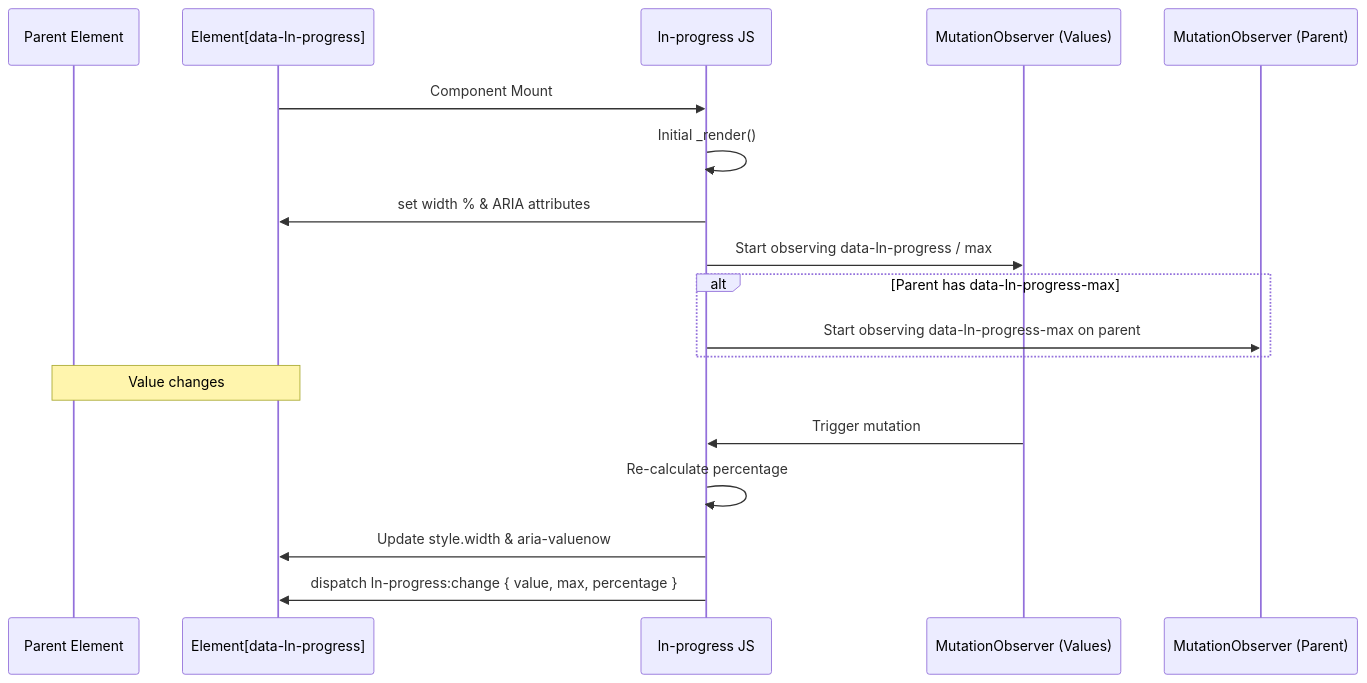
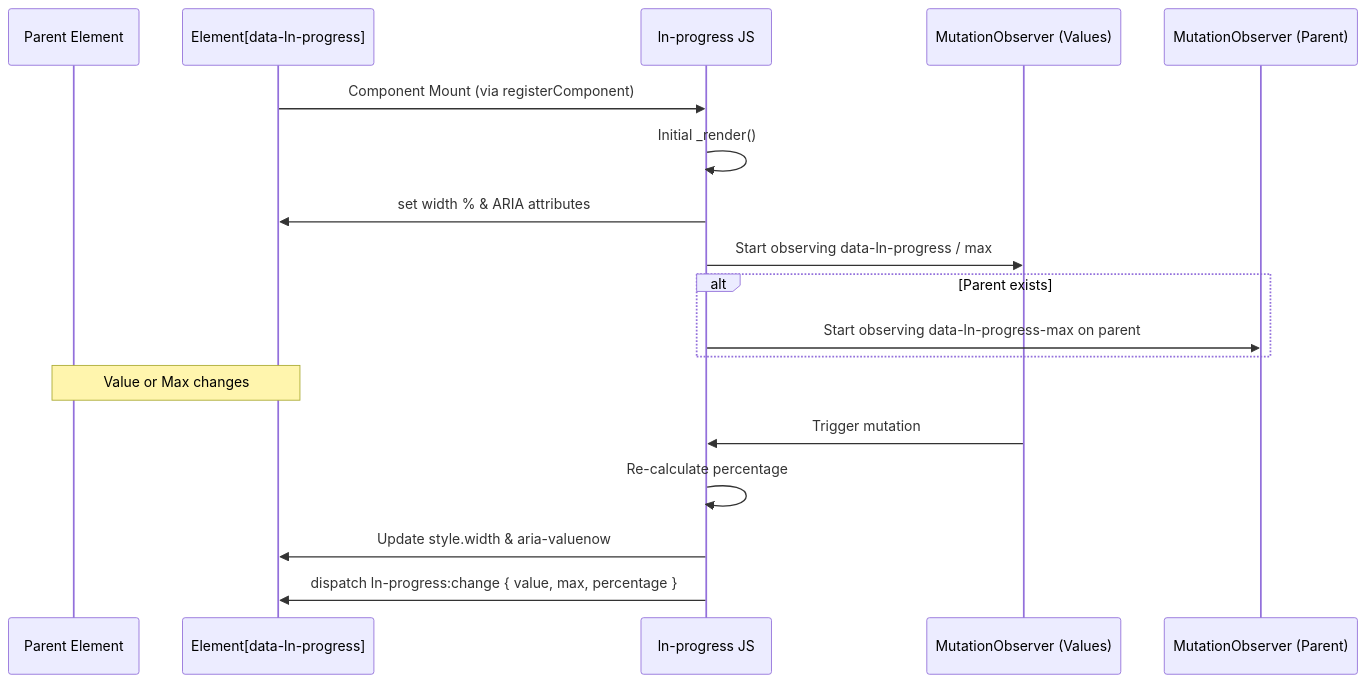
Before and after one commit to livenetworks/ln-ashlar: the diagram in architecture_docs_draft/components/ln-progress.md, drawn with Mermaid. The commit also changed other lines of this file and 3 other files, not shown here.

Commit message:
Refactor ln-progress to use registerComponent and update documentation

````diff
--- a/architecture_docs_draft/components/ln-progress.md
+++ b/architecture_docs_draft/components/ln-progress.md
@@ -80,23 +87,23 @@
 ```mermaid
 sequenceDiagram
     participant Parent as Parent Element
     participant DOM as Element[data-ln-progress]
     participant Progress as ln-progress JS
     participant ValueObserver as MutationObserver (Values)
     participant ParentObserver as MutationObserver (Parent)
 
-    DOM->>Progress: Component Mount
+    DOM->>Progress: Component Mount (via registerComponent)
     Progress->>Progress: Initial _render()
     Progress->>DOM: set width % & ARIA attributes
     Progress->>ValueObserver: Start observing data-ln-progress / max
     
-    alt Parent has data-ln-progress-max
+    alt Parent exists
         Progress->>ParentObserver: Start observing data-ln-progress-max on parent
     end
 
-    Note over DOM, Parent: Value changes
+    Note over DOM, Parent: Value or Max changes
     ValueObserver->>Progress: Trigger mutation
     Progress->>Progress: Re-calculate percentage
     Progress->>DOM: Update style.width & aria-valuenow
     Progress->>DOM: dispatch ln-progress:change { value, max, percentage }
 ```
````
